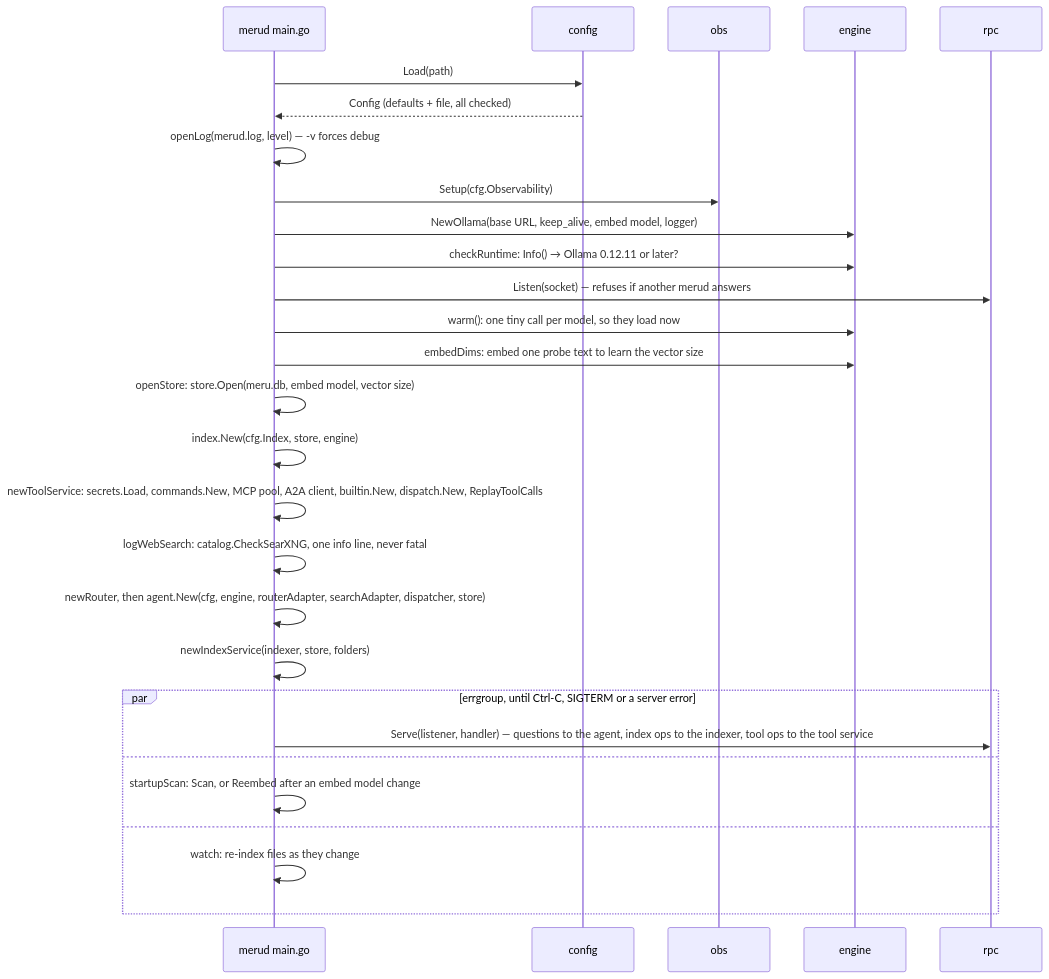
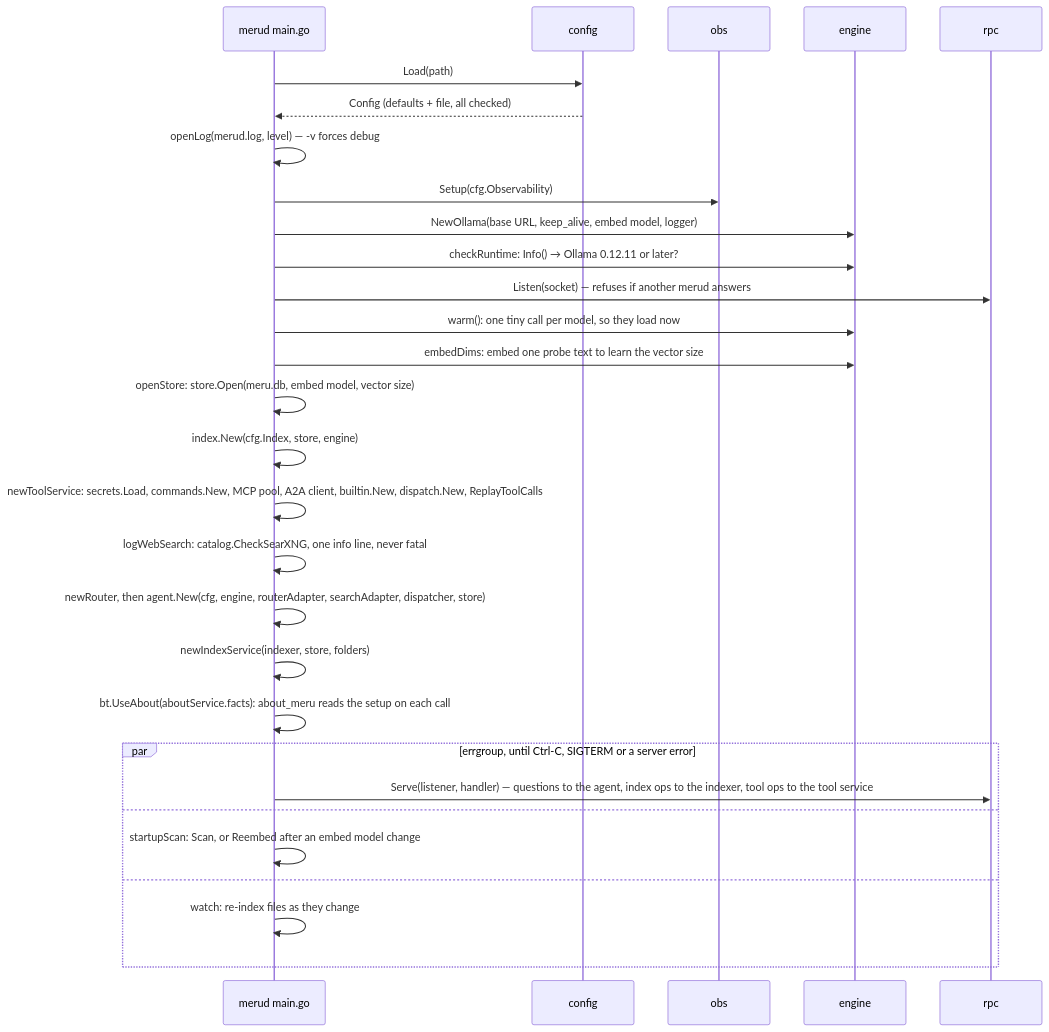
One commit to aarora79/meru changed the second of 3 diagrams in docs/lld.md. Above: the diagram before and after it, drawn with Mermaid. The commit also changed other lines of this file and 15 other files, not shown here.

First line of the commit message:
Document about_meru, command patterns and GitHub through gh

````diff
--- a/docs/lld.md
+++ b/docs/lld.md
@@ -461,31 +461,32 @@
 ```mermaid
 sequenceDiagram
     participant M as merud main.go
     participant C as config
     participant O as obs
     participant E as engine
     participant R as rpc
 
     M->>C: Load(path)
     C-->>M: Config (defaults + file, all checked)
     M->>M: openLog(merud.log, level) — -v forces debug
     M->>O: Setup(cfg.Observability)
     M->>E: NewOllama(base URL, keep_alive, embed model, logger)
     M->>E: checkRuntime: Info() → Ollama 0.12.11 or later?
     M->>R: Listen(socket) — refuses if another merud answers
     M->>E: warm(): one tiny call per model, so they load now
     M->>E: embedDims: embed one probe text to learn the vector size
     M->>M: openStore: store.Open(meru.db, embed model, vector size)
     M->>M: index.New(cfg.Index, store, engine)
     M->>M: newToolService: secrets.Load, commands.New, MCP pool, A2A client, builtin.New, dispatch.New, ReplayToolCalls
     M->>M: logWebSearch: catalog.CheckSearXNG, one info line, never fatal
     M->>M: newRouter, then agent.New(cfg, engine, routerAdapter, searchAdapter, dispatcher, store)
     M->>M: newIndexService(indexer, store, folders)
+    M->>M: bt.UseAbout(aboutService.facts): about_meru reads the setup on each call
     par errgroup, until Ctrl-C, SIGTERM or a server error
         M->>R: Serve(listener, handler) — questions to the agent, index ops to the indexer, tool ops to the tool service
     and
         M->>M: startupScan: Scan, or Reembed after an embed model change
     and
         M->>M: watch: re-index files as they change
     end
 ```
````
